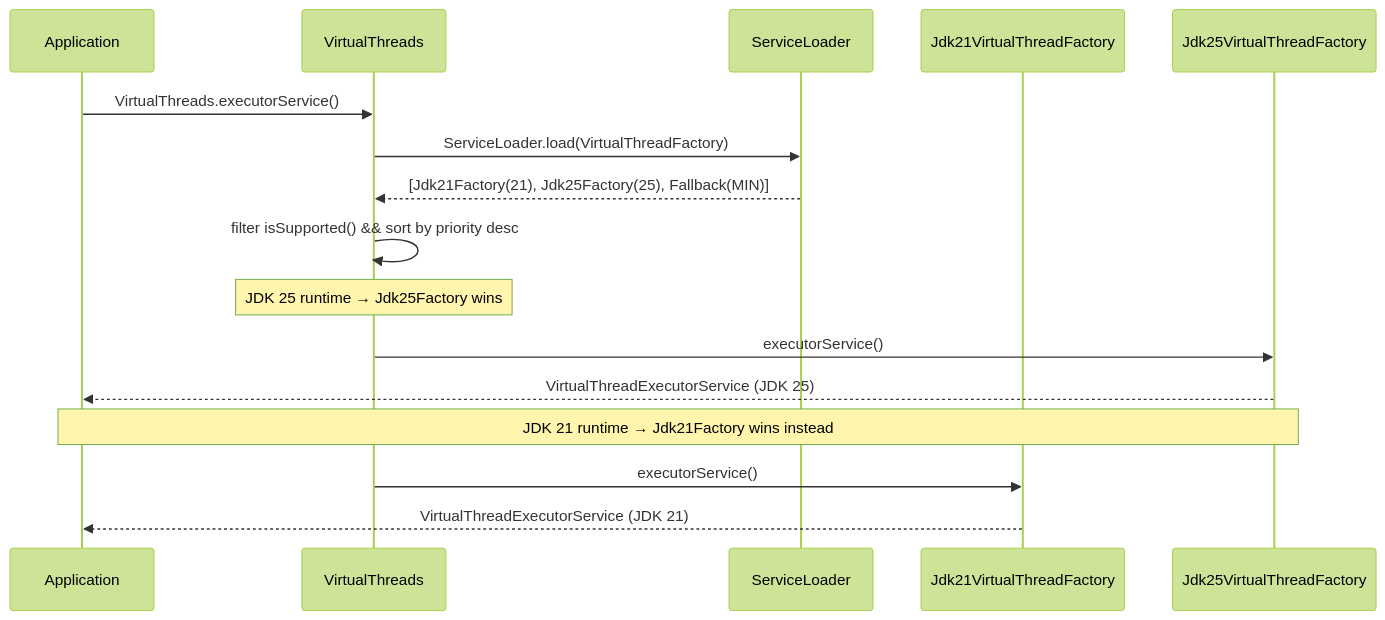
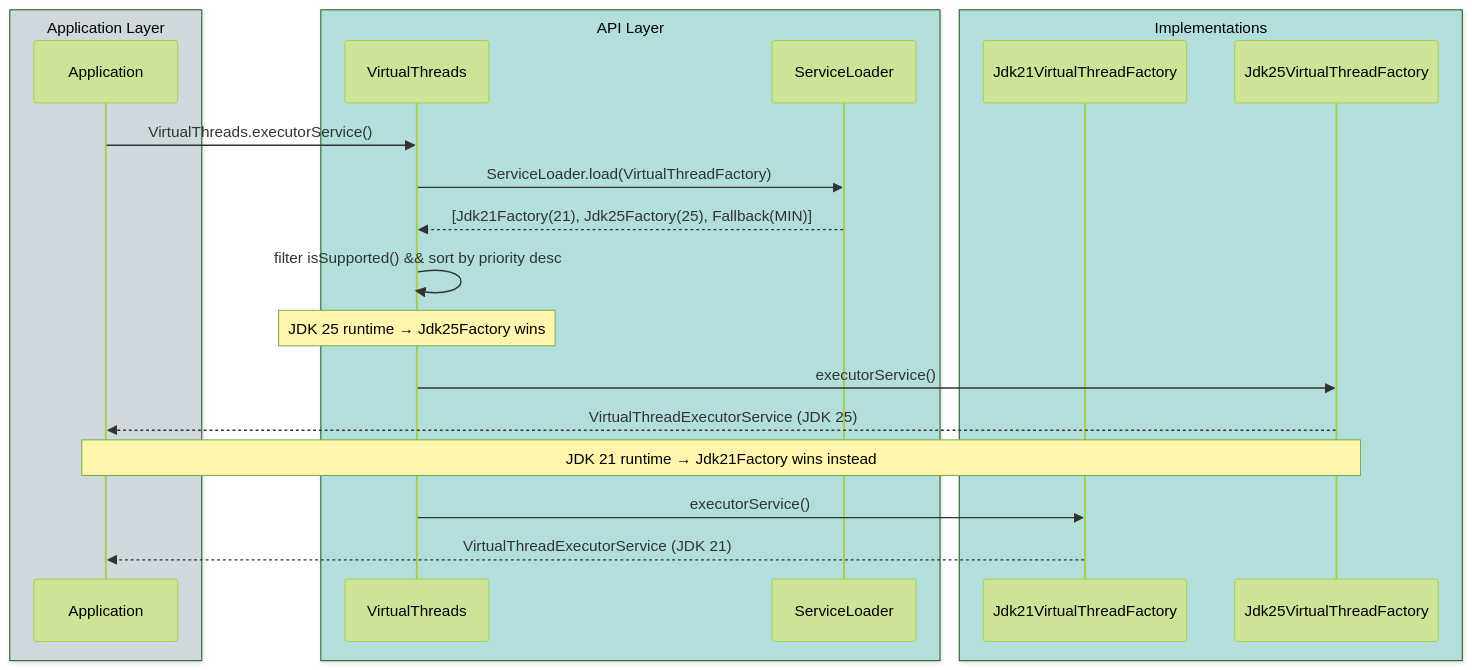
One commit to bluetape4k/bluetape4k-projects changed the third of 3 diagrams in virtualthread/README.md. Above: the diagram before and after it, drawn with Mermaid (forest theme). The commit also changed other lines of this file and 221 other files, not shown here.

First line of the commit message:
docs: 전체 모듈 README UML 다이어그램 보강 및 색상 업그레이드

````diff
--- a/virtualthread/README.md
+++ b/virtualthread/README.md
@@ -91,18 +109,24 @@
 ```mermaid
 sequenceDiagram
-    participant App as Application
-    participant VT as VirtualThreads
-    participant SL as ServiceLoader
-    participant F21 as Jdk21VirtualThreadFactory
-    participant F25 as Jdk25VirtualThreadFactory
+    box rgb(207,216,220) Application Layer
+        participant App as Application
+    end
+    box rgb(178,223,219) API Layer
+        participant VT as VirtualThreads
+        participant SL as ServiceLoader
+    end
+    box rgb(178,223,219) Implementations
+        participant F21 as Jdk21VirtualThreadFactory
+        participant F25 as Jdk25VirtualThreadFactory
+    end
     App ->> VT: VirtualThreads.executorService()
     VT ->> SL: ServiceLoader.load(VirtualThreadFactory)
     SL -->> VT: [Jdk21Factory(21), Jdk25Factory(25), Fallback(MIN)]
     VT ->> VT: filter isSupported() && sort by priority desc
     Note over VT: JDK 25 runtime → Jdk25Factory wins
     VT ->> F25: executorService()
     F25 -->> App: VirtualThreadExecutorService (JDK 25)
     Note over App, F25: JDK 21 runtime → Jdk21Factory wins instead
     VT ->> F21: executorService()
     F21 -->> App: VirtualThreadExecutorService (JDK 21)
 ```
````
